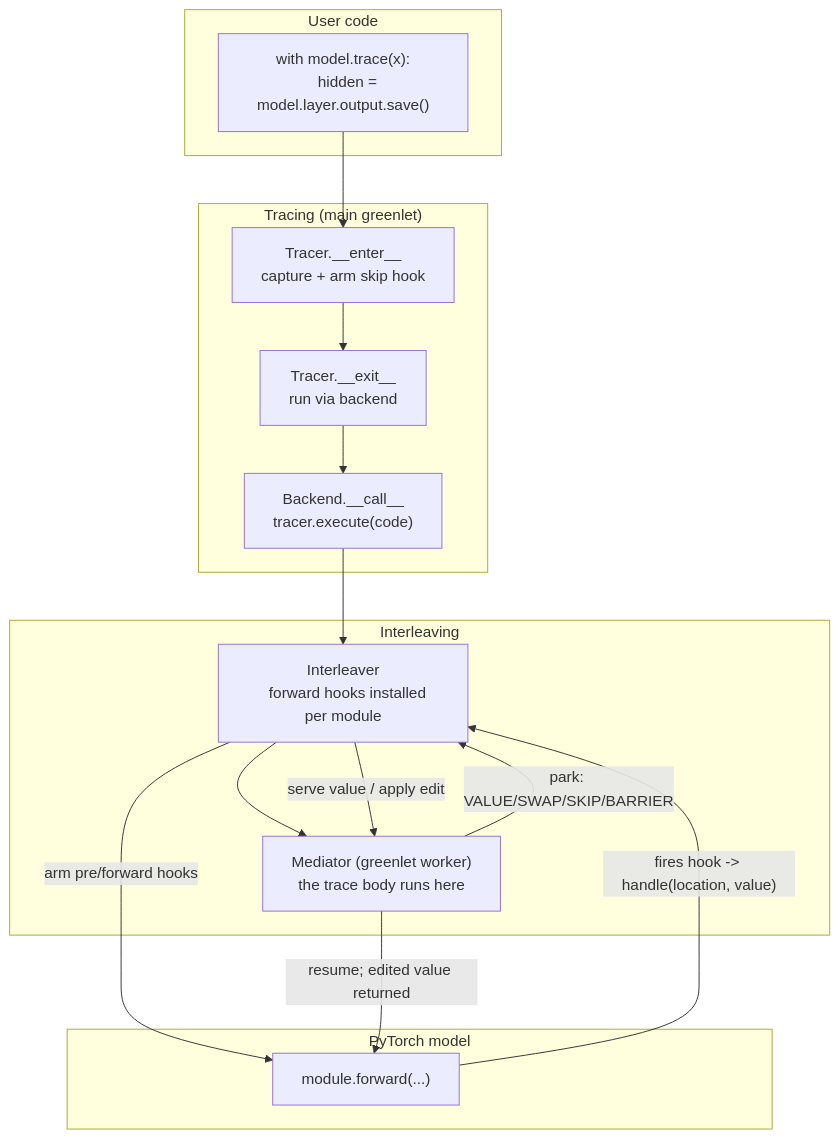
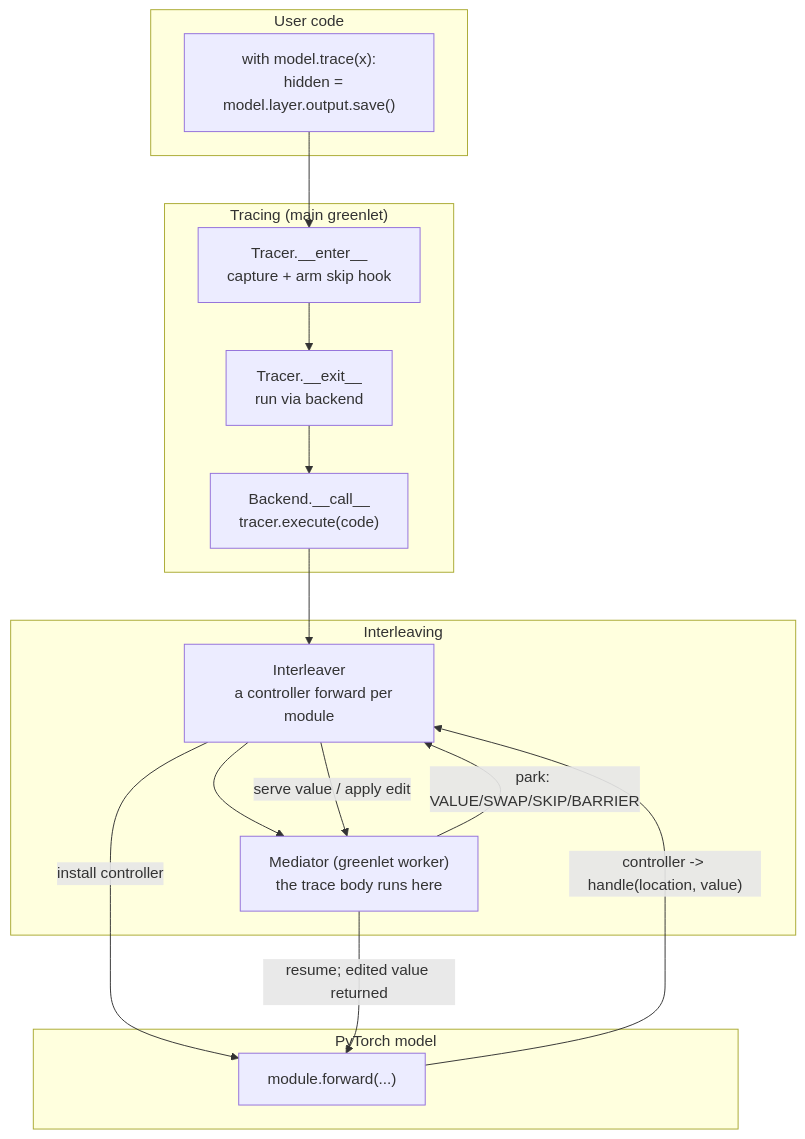
Before and after one commit to ndif-team/nnsight: the diagram in docs/developing/architecture-overview.md, drawn with Mermaid. The commit also changed other lines of this file and 46 other files, not shown here.

````diff
--- a/docs/developing/architecture-overview.md
+++ b/docs/developing/architecture-overview.md
@@ -30,35 +30,35 @@
 ```mermaid
 flowchart TB
   subgraph User["User code"]
     U["with model.trace(x):
    hidden = model.layer.output.save()"]
   end
 
   subgraph Tracing["Tracing (main greenlet)"]
     T1["Tracer.__enter__
    capture + arm skip hook"]
     T2["Tracer.__exit__
    run via backend"]
     T3["Backend.__call__
    tracer.execute(code)"]
   end
 
   subgraph Interleaving["Interleaving"]
     I1["Interleaver
-   forward hooks installed per module"]
+   a controller forward per module"]
     M1["Mediator (greenlet worker)
    the trace body runs here"]
   end
 
   subgraph Model["PyTorch model"]
     F["module.forward(...)"]
   end
 
   U --> T1 --> T2 --> T3 --> I1
   I1 --> M1
   M1 -- "park: VALUE/SWAP/SKIP/BARRIER" --> I1
-  I1 -- "arm pre/forward hooks" --> F
-  F -- "fires hook -> handle(location, value)" --> I1
+  I1 -- "install controller" --> F
+  F -- "controller -> handle(location, value)" --> I1
   I1 -- "serve value / apply edit" --> M1
   M1 -- "resume; edited value returned" --> F
 ```
````
